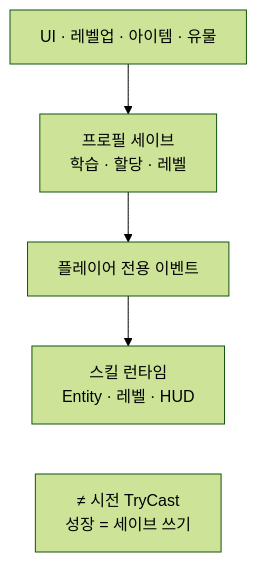
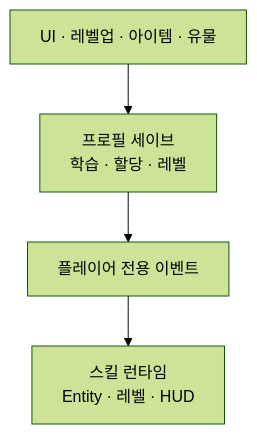
Before and after one commit to monet5379/monet5379.github.io: the diagram in notes/dragon-skill-growth.md, drawn with Mermaid (forest theme). The commit also changed other lines of this file and 24 other files, not shown here.

Commit message:
콘텐츠(notes): project 목록 FM과 복수 증명·Mermaid·회고 슬롯을 맞춥니다.

````diff
--- a/notes/dragon-skill-growth.md
+++ b/notes/dragon-skill-growth.md
@@ -56,9 +57,6 @@
 ```mermaid
 flowchart TD
   SRC["UI · 레벨업 · 아이템 · 유물"] --> PROFILE["프로필 세이브<br/>학습 · 할당 · 레벨"]
   PROFILE --> EVT["플레이어 전용 이벤트"]
   EVT --> RUN["스킬 런타임<br/>Entity · 레벨 · HUD"]
-
-  NOTE["≠ 시전 TryCast<br/>성장 = 세이브 쓰기"]
-  RUN ~~~ NOTE
 ```
````
